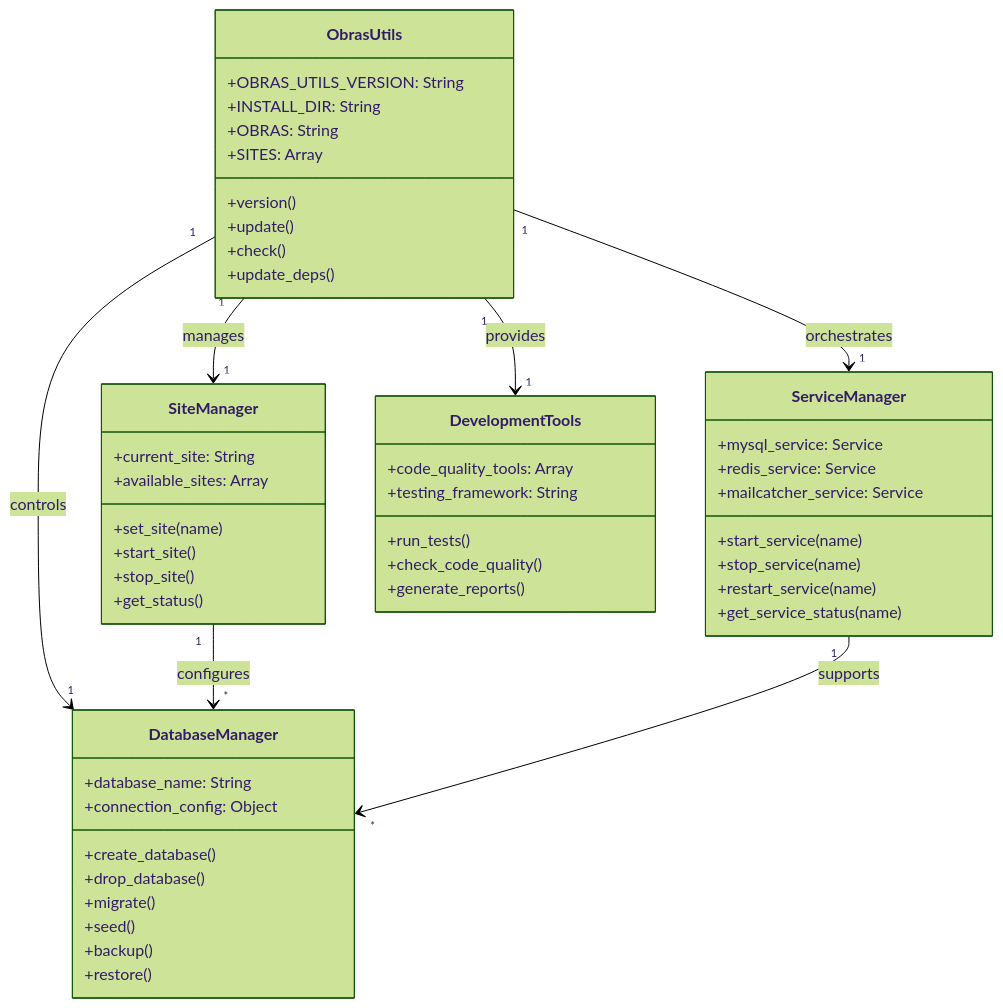
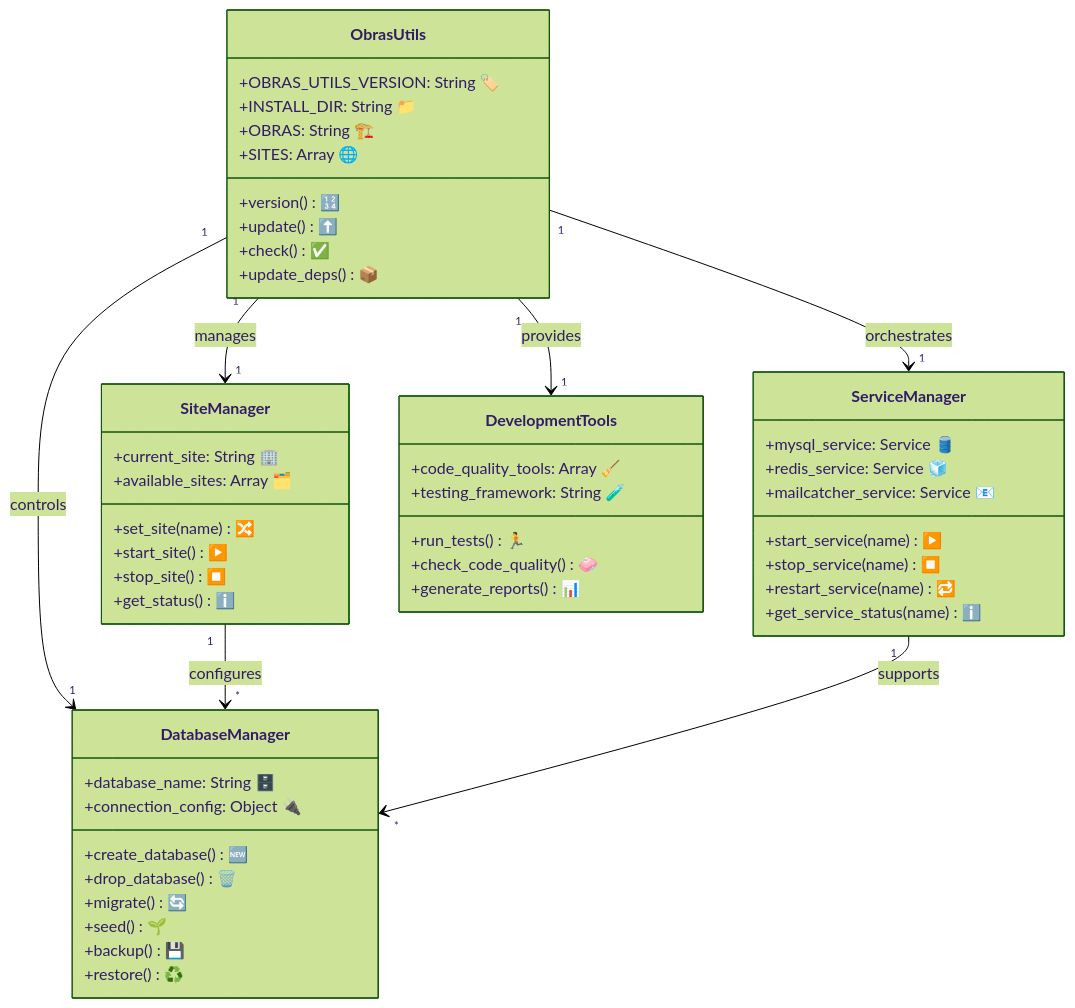
Before and after one commit to enogrob/project-automation-devenv: the second of 4 diagrams in README.md, drawn with Mermaid (forest theme). The commit also changed other lines of this file and 1 other file, not shown here.

````diff
--- a/README.md
+++ b/README.md
@@ -96,58 +104,60 @@
 ```mermaid
+%% Class diagram with emoticons and pastel colors
 classDiagram
-    class ObrasUtils {
-        +OBRAS_UTILS_VERSION: String
-        +INSTALL_DIR: String
-        +OBRAS: String
-        +SITES: Array
-        +version()
-        +update()
-        +check()
-        +update_deps()
-    }
-    
-    class SiteManager {
-        +current_site: String
-        +available_sites: Array
-        +set_site(name)
-        +start_site()
-        +stop_site()
-        +get_status()
-    }
-    
-    class DatabaseManager {
-        +database_name: String
-        +connection_config: Object
-        +create_database()
-        +drop_database()
-        +migrate()
-        +seed()
-        +backup()
-        +restore()
-    }
-    
-    class ServiceManager {
-        +mysql_service: Service
-        +redis_service: Service
-        +mailcatcher_service: Service
-        +start_service(name)
-        +stop_service(name)
-        +restart_service(name)
-        +get_service_status(name)
-    }
-    
-    class DevelopmentTools {
-        +code_quality_tools: Array
-        +testing_framework: String
-        +run_tests()
-        +check_code_quality()
-        +generate_reports()
-    }
-    
-    ObrasUtils "1" --> "1" SiteManager : manages
-    ObrasUtils "1" --> "1" DatabaseManager : controls
-    ObrasUtils "1" --> "1" ServiceManager : orchestrates
-    ObrasUtils "1" --> "1" DevelopmentTools : provides
-    SiteManager "1" --> "*" DatabaseManager : configures
-    ServiceManager "1" --> "*" DatabaseManager : supports
+  classDef pastelBlue fill:#dbeafe,stroke:#60a5fa,stroke-width:2px,color:#1e293b;
+  classDef pastelGreen fill:#dcfce7,stroke:#4ade80,stroke-width:2px,color:#166534;
+  classDef pastelPink fill:#fce7f3,stroke:#f472b6,stroke-width:2px,color:#831843;
+  classDef pastelYellow fill:#fef9c3,stroke:#fde047,stroke-width:2px,color:#92400e;
+  classDef pastelPurple fill:#ede9fe,stroke:#a78bfa,stroke-width:2px,color:#4c1d95;
+
+  class ObrasUtils {
+    +OBRAS_UTILS_VERSION: String 🏷️
+    +INSTALL_DIR: String 📁
+    +OBRAS: String 🏗️
+    +SITES: Array 🌐
+    +version() 🔢
+    +update() ⬆️
+    +check() ✅
+    +update_deps() 📦
+  }
+  class SiteManager {
+    +current_site: String 🏢
+    +available_sites: Array 🗂️
+    +set_site(name) 🔀
+    +start_site() ▶️
+    +stop_site() ⏹️
+    +get_status() ℹ️
+  }
+  class DatabaseManager {
+    +database_name: String 🗄️
+    +connection_config: Object 🔌
+    +create_database() 🆕
+    +drop_database() 🗑️
+    +migrate() 🔄
+    +seed() 🌱
+    +backup() 💾
+    +restore() ♻️
+  }
+  class ServiceManager {
+    +mysql_service: Service 🛢️
+    +redis_service: Service 🧊
+    +mailcatcher_service: Service 📧
+    +start_service(name) ▶️
+    +stop_service(name) ⏹️
+    +restart_service(name) 🔁
+    +get_service_status(name) ℹ️
+  }
+  class DevelopmentTools {
+    +code_quality_tools: Array 🧹
+    +testing_framework: String 🧪
+    +run_tests() 🏃
+    +check_code_quality() 🧼
+    +generate_reports() 📊
+  }
+  ObrasUtils "1" --> "1" SiteManager : manages
+  ObrasUtils "1" --> "1" DatabaseManager : controls
+  ObrasUtils "1" --> "1" ServiceManager : orchestrates
+  ObrasUtils "1" --> "1" DevelopmentTools : provides
+  SiteManager "1" --> "*" DatabaseManager : configures
+  ServiceManager "1" --> "*" DatabaseManager : supports
 ```
````
